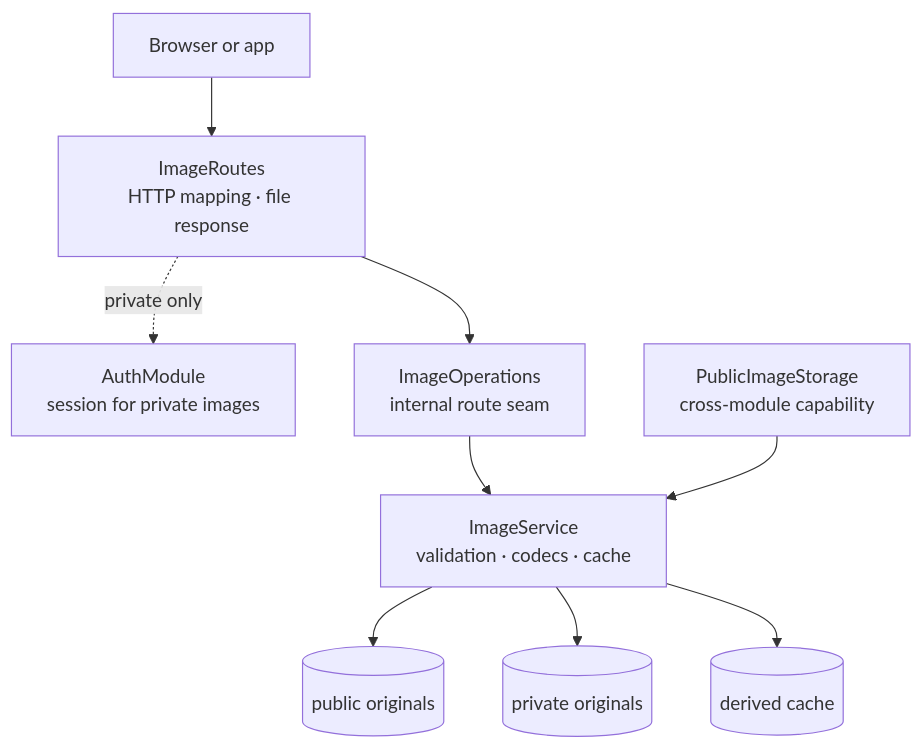
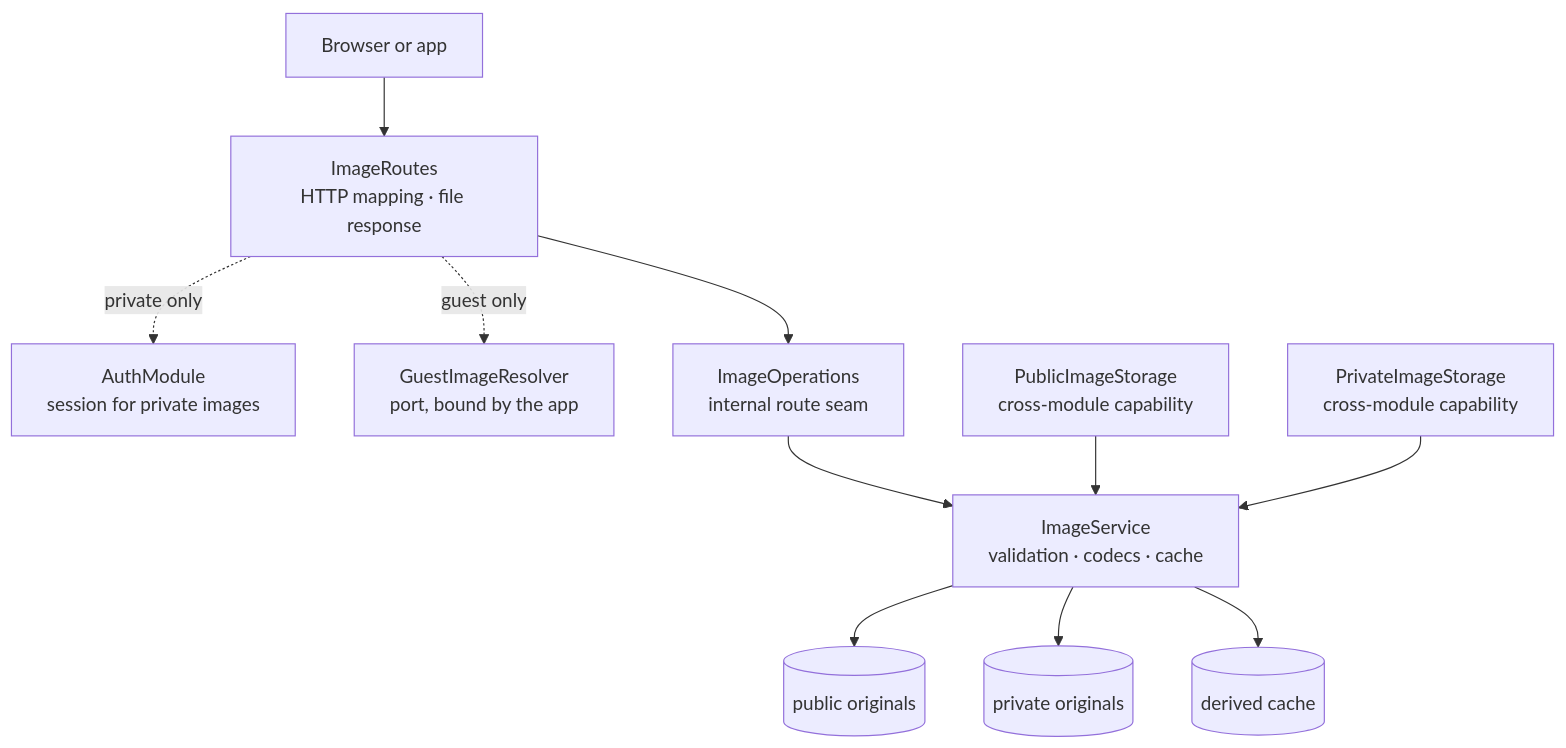
The diagram in docs/dev/backend/image-package.md (bitstorm-tech/voenix-shop-kotlin), drawn with Mermaid before and after one commit. The commit also changed other lines of this file and 101 other files, not shown here.

````diff
--- a/docs/dev/backend/image-package.md
+++ b/docs/dev/backend/image-package.md
@@ -24,20 +26,24 @@
 ```mermaid
 flowchart TB
     Client["Browser or app"]
     Auth["AuthModule<br/>session for private images"]
     Routes["ImageRoutes<br/>HTTP mapping · file response"]
+    Resolver["GuestImageResolver<br/>port, bound by the app"]
     Operations["ImageOperations<br/>internal route seam"]
     Service["ImageService<br/>validation · codecs · cache"]
     PublicStorage["PublicImageStorage<br/>cross-module capability"]
+    PrivateStorage["PrivateImageStorage<br/>cross-module capability"]
     PublicRoot[("public originals")]
     PrivateRoot[("private originals")]
     CacheRoot[("derived cache")]
 
     Client --> Routes
     Routes -. private only .-> Auth
+    Routes -. guest only .-> Resolver
     Routes --> Operations --> Service
     PublicStorage --> Service
+    PrivateStorage --> Service
     Service --> PublicRoot
     Service --> PrivateRoot
     Service --> CacheRoot
 ```
````
